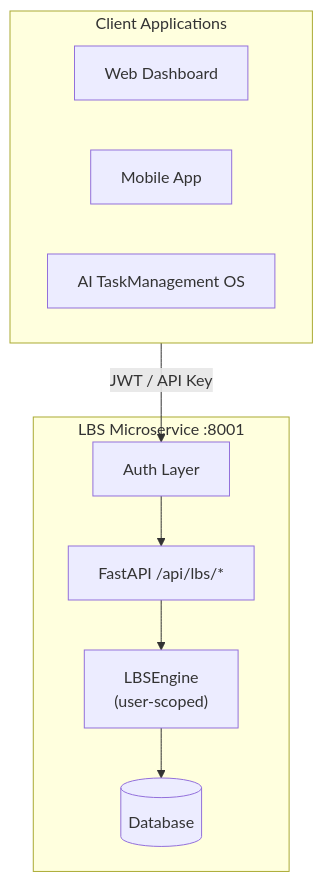
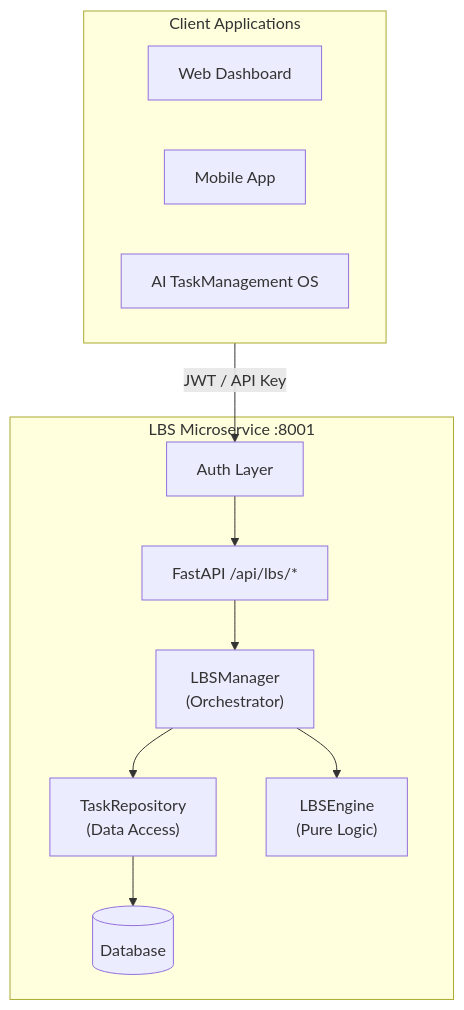
One commit to nh1124/LBS changed the first of 2 diagrams in docs/lbs_system_design.md. Above: the diagram before and after it, drawn with Mermaid. The commit also changed other lines of this file, not shown here.

Commit message:
docs: update system design to reflect 3-layer architecture

````diff
--- a/docs/lbs_system_design.md
+++ b/docs/lbs_system_design.md
@@ -16,20 +16,24 @@
 ```mermaid
 flowchart TB
     subgraph Clients["Client Applications"]
         WebApp["Web Dashboard"]
         MobileApp["Mobile App"]
         TaskMgmt["AI TaskManagement OS"]
     end
     
-    subgraph LBS_Service["LBS Microservice :8001"]
+subgraph LBS_Service["LBS Microservice :8001"]
         Auth["Auth Layer"]
         API["FastAPI /api/lbs/*"]
-        Engine["LBSEngine<br>(user-scoped)"]
+        Manager["LBSManager<br>(Orchestrator)"]
+        Repo["TaskRepository<br>(Data Access)"]
+        Engine["LBSEngine<br>(Pure Logic)"]
         DB[(Database)]
     end
     
     Clients -->|"JWT / API Key"| Auth
     Auth --> API
-    API --> Engine
-    Engine --> DB
+    API --> Manager
+    Manager --> Repo
+    Manager --> Engine
+    Repo --> DB
 ```
````
